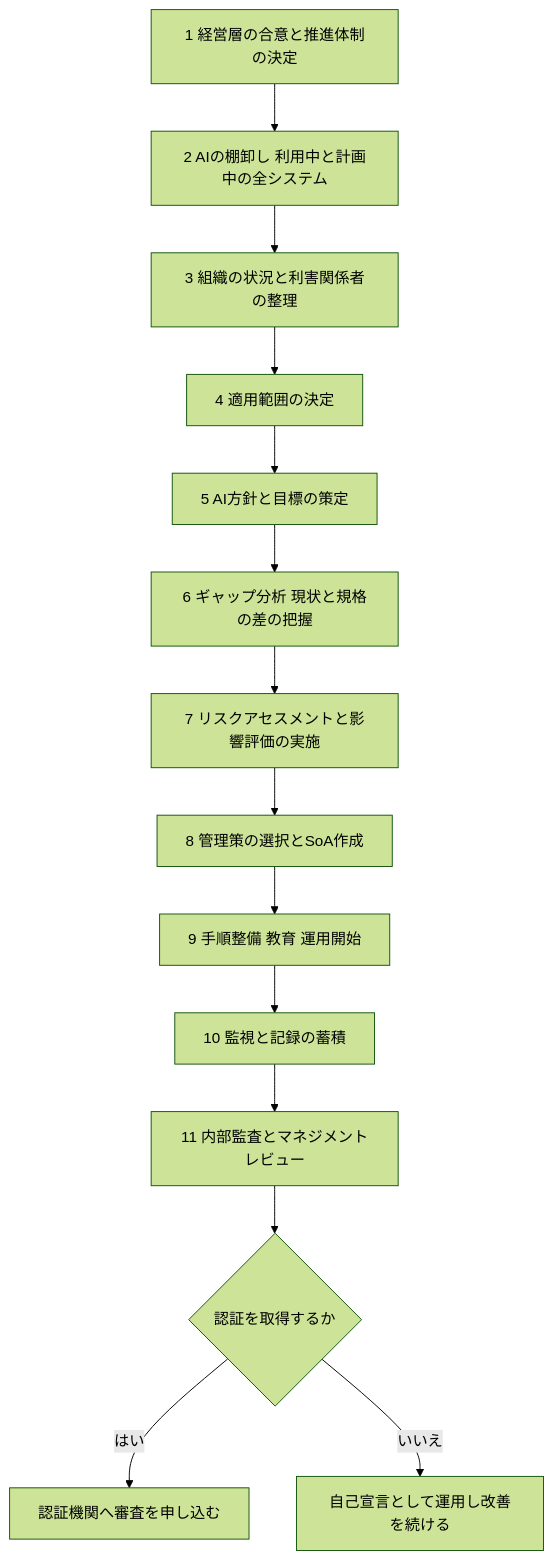
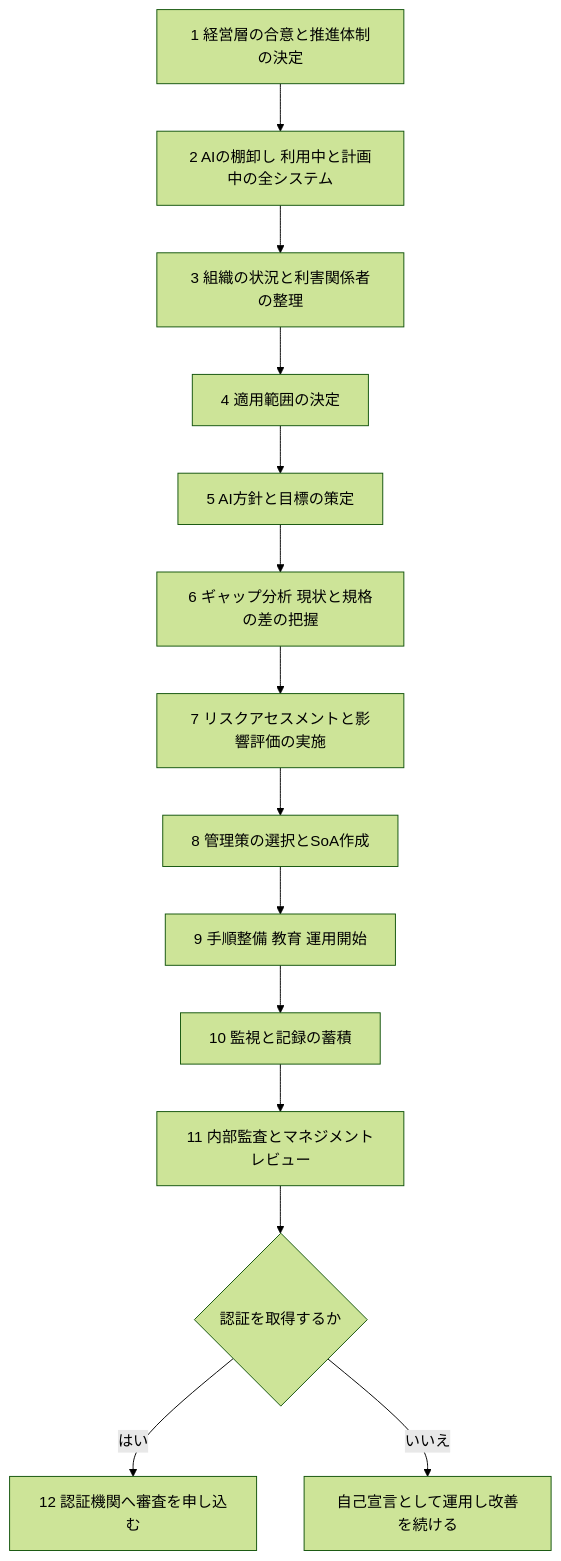
The sixth of 9 diagrams in Iso-iec-42001-2023-beginner-guide.md (myoshi2891/Quality-Assurance-Studies), drawn with Mermaid (forest theme) before and after one commit.

Commit message:
docs(iso-42001): add step number 12 to certification audit node in flowchart

````diff
--- a/Iso-iec-42001-2023-beginner-guide.md
+++ b/Iso-iec-42001-2023-beginner-guide.md
@@ -684,16 +684,16 @@
 ```mermaid
 flowchart TD
     I1["1 経営層の合意と推進体制の決定"] --> I2["2 AIの棚卸し 利用中と計画中の全システム"]
     I2 --> I3["3 組織の状況と利害関係者の整理"]
     I3 --> I4["4 適用範囲の決定"]
     I4 --> I5["5 AI方針と目標の策定"]
     I5 --> I6["6 ギャップ分析 現状と規格の差の把握"]
     I6 --> I7["7 リスクアセスメントと影響評価の実施"]
     I7 --> I8["8 管理策の選択とSoA作成"]
     I8 --> I9["9 手順整備 教育 運用開始"]
     I9 --> I10["10 監視と記録の蓄積"]
     I10 --> I11["11 内部監査とマネジメントレビュー"]
     I11 --> I12{"認証を取得するか"}
-    I12 -->|はい| I13["認証機関へ審査を申し込む"]
+    I12 -->|はい| I13["12 認証機関へ審査を申し込む"]
     I12 -->|いいえ| I14["自己宣言として運用し改善を続ける"]
 ```
````
